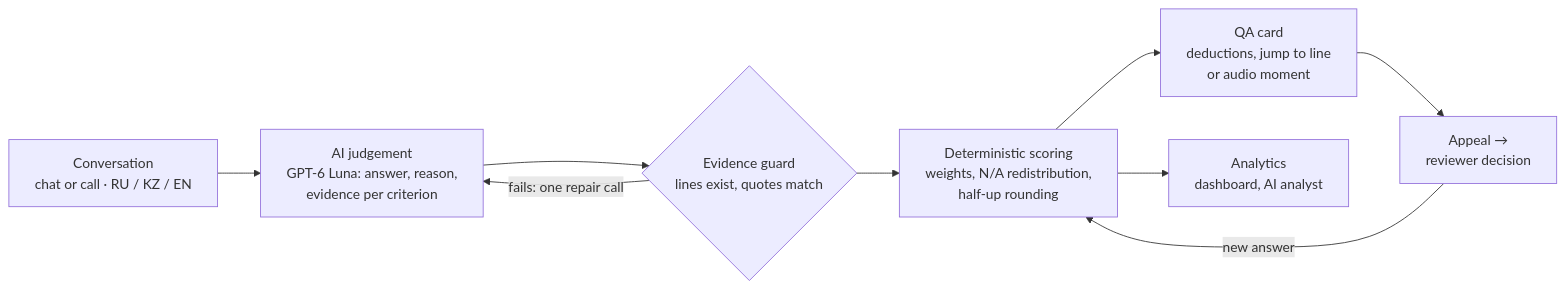
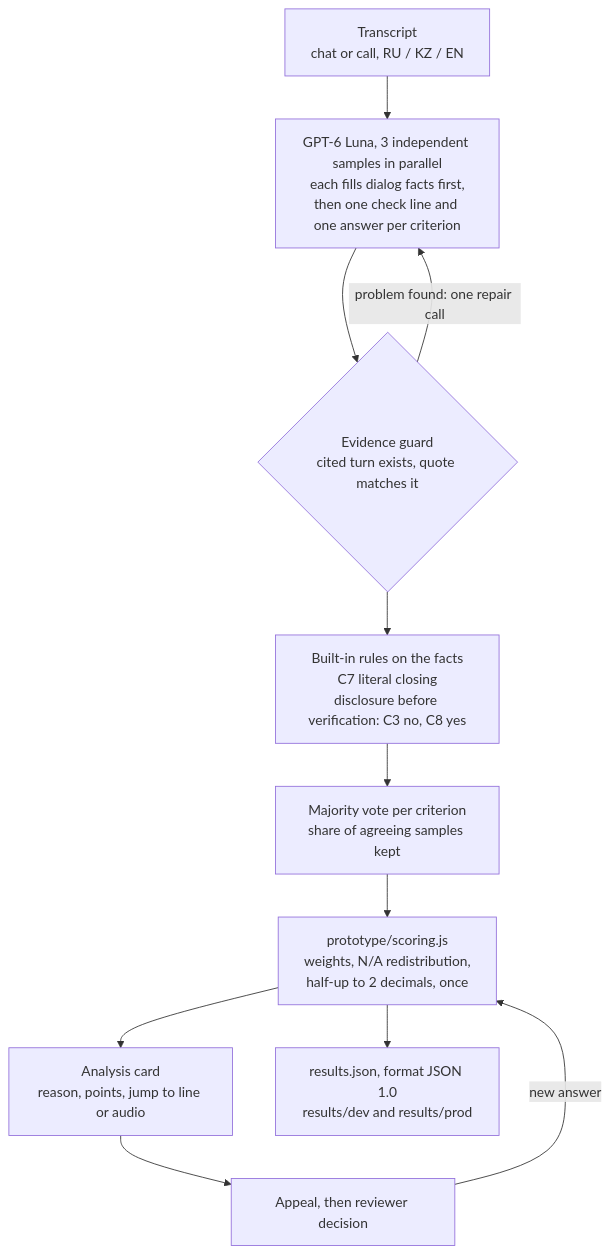
One commit to tairqaldy/doomdatathon-yatebyamognu changed the second of 2 diagrams in README.md. Above: the diagram before and after it, drawn with Mermaid. The commit also changed other lines of this file, not shown here.

````diff
--- a/README.md
+++ b/README.md
@@ -32,11 +115,13 @@
 ```mermaid
-flowchart LR
-    A["Conversation<br/>chat or call · RU / KZ / EN"] --> B["AI judgement<br/>GPT-6 Luna: answer, reason,<br/>evidence per criterion"]
-    B --> C{"Evidence guard<br/>lines exist, quotes match"}
-    C -- "fails: one repair call" --> B
-    C --> D["Deterministic scoring<br/>weights, N/A redistribution,<br/>half-up rounding"]
-    D --> E["QA card<br/>deductions, jump to line<br/>or audio moment"]
-    E --> F["Appeal →<br/>reviewer decision"]
-    F -- "new answer" --> D
-    D --> G["Analytics<br/>dashboard, AI analyst"]
+flowchart TD
+    A["Transcript<br/>chat or call, RU / KZ / EN"] --> B["GPT-6 Luna, 3 independent samples in parallel<br/>each fills dialog facts first,<br/>then one check line and one answer per criterion"]
+    B --> C{"Evidence guard<br/>cited turn exists, quote matches it"}
+    C -- "problem found: one repair call" --> B
+    C --> D["Built-in rules on the facts<br/>C7 literal closing<br/>disclosure before verification: C3 no, C8 yes"]
+    D --> E["Majority vote per criterion<br/>share of agreeing samples kept"]
+    E --> F["prototype/scoring.js<br/>weights, N/A redistribution,<br/>half-up to 2 decimals, once"]
+    F --> G["Analysis card<br/>reason, points, jump to line or audio"]
+    G --> H["Appeal, then reviewer decision"]
+    H -- "new answer" --> F
+    F --> I["results.json, format JSON 1.0<br/>results/dev and results/prod"]
 ```
````
